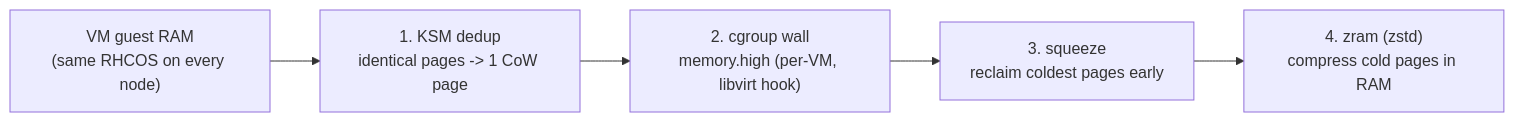
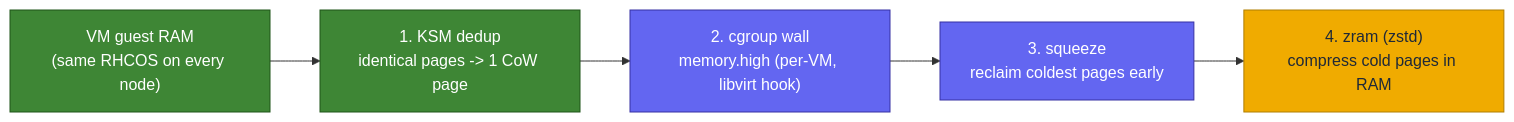
The diagram in docs/memory-optimization.md (maci0/vmetal-openshift), drawn with Mermaid before and after one commit. The commit also changed 14 other files, not shown here.

First line of the commit message:
docs: colour the diagrams (Red Hat refarch palette), drop beautiful-mermaid pipeline

````diff
--- a/docs/memory-optimization.md
+++ b/docs/memory-optimization.md
@@ -31,10 +31,13 @@
 ```mermaid
 flowchart LR
   ram["VM guest RAM<br/>(same RHCOS on every node)"]
   ksm["1. KSM dedup<br/>identical pages -> 1 CoW page"]
   wall["2. cgroup wall<br/>memory.high (per-VM, libvirt hook)"]
   squeeze["3. squeeze<br/>reclaim coldest pages early"]
   zram["4. zram (zstd)<br/>compress cold pages in RAM"]
   ram --> ksm --> wall --> squeeze --> zram
-
+  classDef src fill:#3e8635,stroke:#1f5419,color:#fff;
+  classDef step fill:#6366f1,stroke:#3730a3,color:#fff;
+  classDef out fill:#f0ab00,stroke:#b07e00,color:#1f2937;
+  class ram,ksm src; class wall,squeeze step; class zram out;
 ```
````
